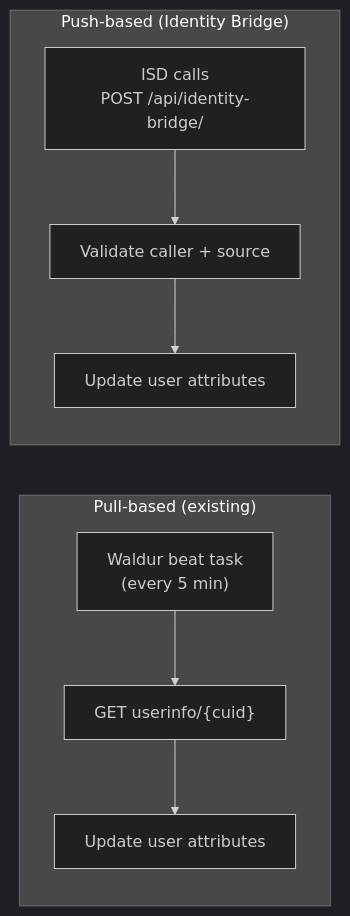
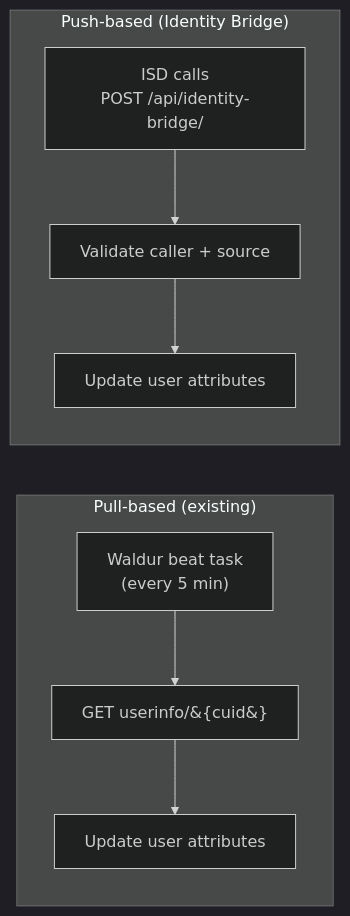
The second of 9 diagrams in docs/developer-guide/identity-bridge.md (waldur/waldur-docs), drawn with Mermaid (dark theme) before and after one commit. The commit also changed other lines of this file and 34 other files, not shown here.

````diff
--- a/docs/developer-guide/identity-bridge.md
+++ b/docs/developer-guide/identity-bridge.md
@@ -64,14 +64,14 @@
 ```mermaid
 flowchart LR
     subgraph Pull["Pull-based (existing)"]
         direction TB
-        P1["Waldur beat task\n(every 5 min)"] --> P2["GET userinfo/{cuid}"]
+        P1["Waldur beat task\n(every 5 min)"] --> P2["GET userinfo/&#123;cuid&#125;"]
         P2 --> P3["Update user attributes"]
     end
 
     subgraph Push["Push-based (Identity Bridge)"]
         direction TB
         Q1["ISD calls\nPOST /api/identity-bridge/"] --> Q2["Validate caller + source"]
         Q2 --> Q3["Update user attributes"]
     end
 ```
````
